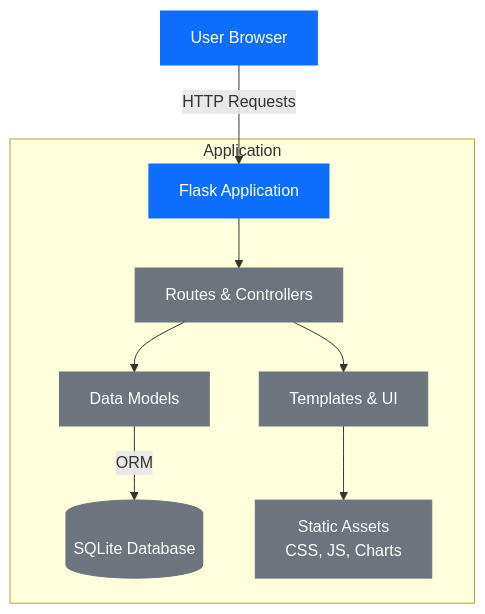
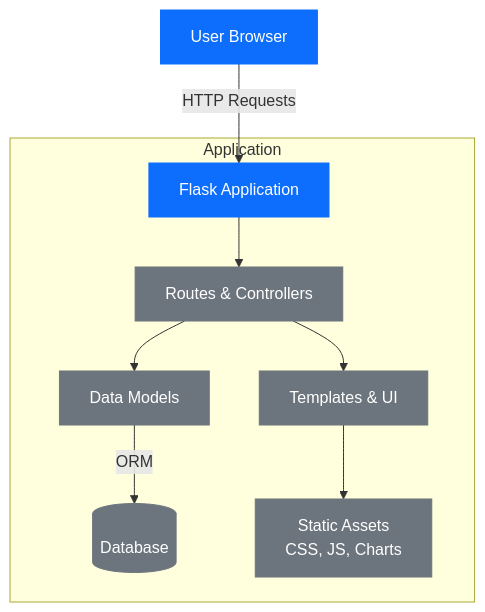
The first of 2 diagrams in README.md (gitlilia-tbz/ICTNE24_Semesterarbeit3_L.M), drawn with Mermaid before and after one commit. The commit also changed other lines of this file and 1 other file, not shown here.

````diff
--- a/README.md
+++ b/README.md
@@ -88,20 +83,20 @@
 ```mermaid
 graph TD
     User[User Browser] -->|HTTP Requests| Flask[Flask Application]
-    
+  
     subgraph "Application"
         Flask --> Controllers[Routes & Controllers]
         Controllers --> Models[Data Models]
         Controllers --> Views[Templates & UI]
-        
-        Models -->|ORM| Database[(SQLite Database)]
-        
+      
+        Models -->|ORM| Database[( Database)]
+      
         Views --> Static[Static Assets<br>CSS, JS, Charts]
     end
-    
+  
     classDef primary fill:#0d6efd,stroke:#0d6efd,color:white;
     classDef secondary fill:#6c757d,stroke:#6c757d,color:white;
-    
+  
     class User,Flask primary;
     class Controllers,Models,Views,Database,Static secondary;
 ```
````
